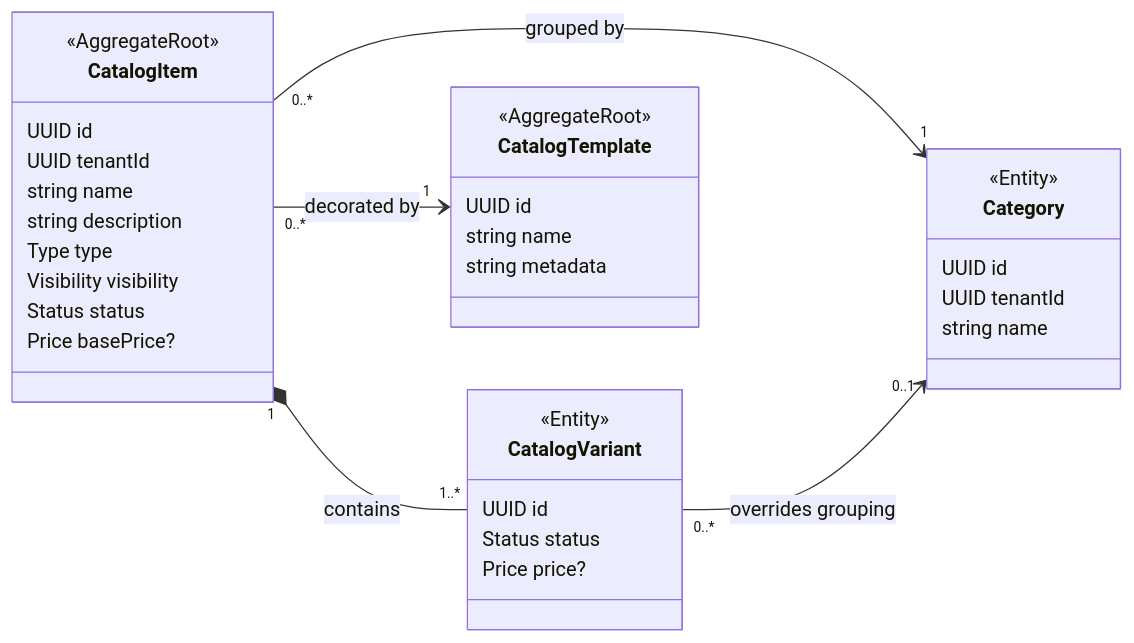
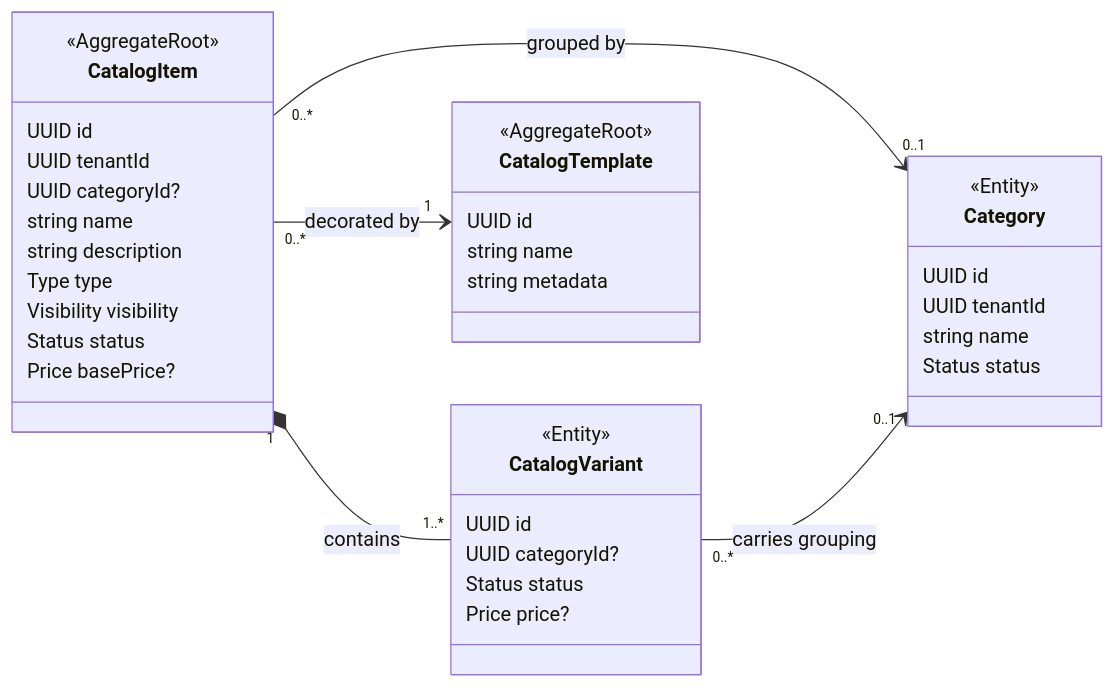
Before and after one commit to NicolaRebola/OmniCore: the diagram in catalog-service/README.md, drawn with Mermaid. The commit also changed other lines of this file and 7 other files, not shown here.

````diff
--- a/catalog-service/README.md
+++ b/catalog-service/README.md
@@ -86,42 +86,45 @@
 ```mermaid
 classDiagram
     direction LR
 
     class CatalogItem {
         <<AggregateRoot>>
         UUID id
         UUID tenantId
+        UUID categoryId?
         string name
         string description
         Type type
         Visibility visibility
         Status status
         Price basePrice?
     }
 
     class CatalogVariant {
         <<Entity>>
         UUID id
+        UUID categoryId?
         Status status
         Price price?
     }
 
     class CatalogTemplate {
         <<AggregateRoot>>
         UUID id
         string name
         string metadata
     }
 
     class Category {
         <<Entity>>
         UUID id
         UUID tenantId
         string name
+        Status status
     }
 
     CatalogItem "1" *-- "1..*" CatalogVariant : contains
     CatalogItem "0..*" --> "1" CatalogTemplate : decorated by
-    CatalogItem "0..*" --> "1" Category : grouped by
-    CatalogVariant "0..*" --> "0..1" Category : overrides grouping
+    CatalogItem "0..*" --> "0..1" Category : grouped by
+    CatalogVariant "0..*" --> "0..1" Category : carries grouping
 ```
````
